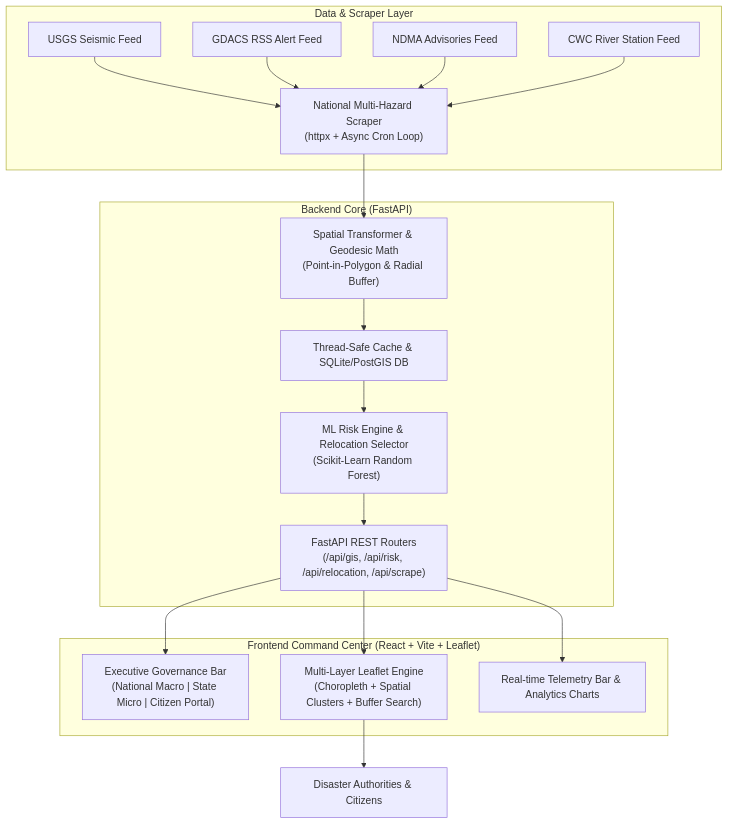
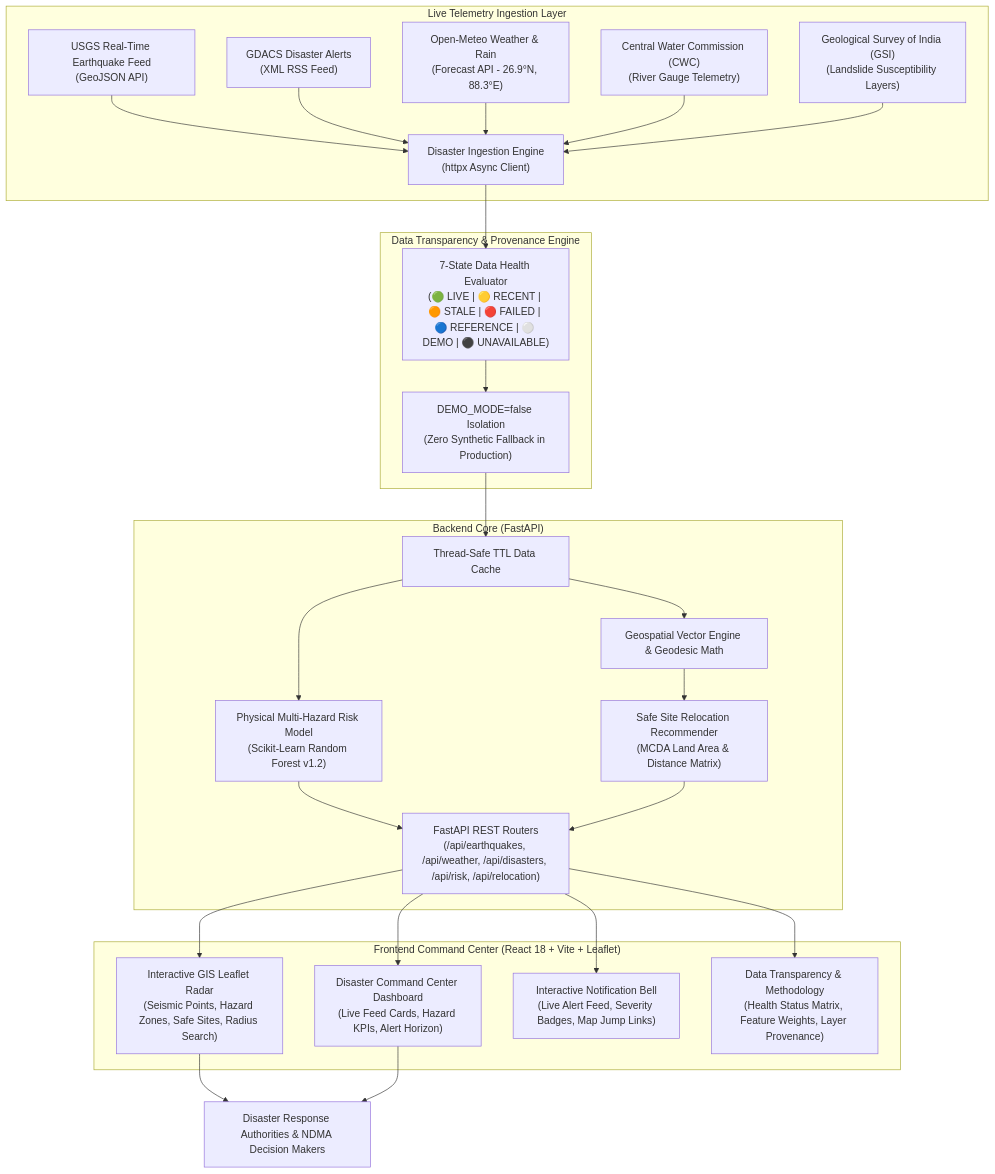
The diagram in README.md (rohancoder19/SIH-2026), drawn with Mermaid before and after one commit. The commit also changed other lines of this file, not shown here.

Commit message:
docs: Update README.md with comprehensive Real-Time Disaster Intelligence documentation, 7-state data health engine, API reference, and architecture

````diff
--- a/README.md
+++ b/README.md
@@ -13,24 +17,34 @@
 ```mermaid
 graph TD
-    subgraph DataLayer ["Data & Scraper Layer"]
-        USGS["USGS Seismic Feed"] --> Aggregator["National Multi-Hazard Scraper<br/>(httpx + Async Cron Loop)"]
-        GDACS["GDACS RSS Alert Feed"] --> Aggregator
-        NDMA["NDMA Advisories Feed"] --> Aggregator
-        CWC["CWC River Station Feed"] --> Aggregator
+    subgraph LiveFeeds ["Live Telemetry Ingestion Layer"]
+        USGS["USGS Real-Time Earthquake Feed<br/>(GeoJSON API)"] --> Ingestion["Disaster Ingestion Engine<br/>(httpx Async Client)"]
+        GDACS["GDACS Disaster Alerts<br/>(XML RSS Feed)"] --> Ingestion
+        Meteo["Open-Meteo Weather & Rain<br/>(Forecast API - 26.9°N, 88.3°E)"] --> Ingestion
+        CWC["Central Water Commission (CWC)<br/>(River Gauge Telemetry)"] --> Ingestion
+        GSI["Geological Survey of India (GSI)<br/>(Landslide Susceptibility Layers)"] --> Ingestion
+    end
+
+    subgraph StatusEngine ["Data Transparency & Provenance Engine"]
+        Ingestion --> HealthMatrix["7-State Data Health Evaluator<br/>(🟢 LIVE | 🟡 RECENT | 🟠 STALE | 🔴 FAILED | 🔵 REFERENCE | ⚪ DEMO | ⚫ UNAVAILABLE)"]
+        HealthMatrix --> ProdEnforce["DEMO_MODE=false Isolation<br/>(Zero Synthetic Fallback in Production)"]
     end
 
     subgraph BackendCore ["Backend Core (FastAPI)"]
-        Aggregator --> GeoTransformer["Spatial Transformer & Geodesic Math<br/>(Point-in-Polygon & Radial Buffer)"]
-        GeoTransformer --> CacheDB["Thread-Safe Cache & SQLite/PostGIS DB"]
-        CacheDB --> MLEngine["ML Risk Engine & Relocation Selector<br/>(Scikit-Learn Random Forest)"]
-        MLEngine --> APIRoutes["FastAPI REST Routers<br/>(/api/gis, /api/risk, /api/relocation, /api/scrape)"]
+        ProdEnforce --> Cache["Thread-Safe TTL Data Cache"]
+        Cache --> Spatial["Geospatial Vector Engine & Geodesic Math"]
+        Cache --> ML["Physical Multi-Hazard Risk Model<br/>(Scikit-Learn Random Forest v1.2)"]
+        Spatial --> RelocMCDA["Safe Site Relocation Recommender<br/>(MCDA Land Area & Distance Matrix)"]
+        ML --> APIRouter["FastAPI REST Routers<br/>(/api/earthquakes, /api/weather, /api/disasters, /api/risk, /api/relocation)"]
+        RelocMCDA --> APIRouter
     end
 
-    subgraph FrontendCommandCenter ["Frontend Command Center (React + Vite + Leaflet)"]
-        APIRoutes --> TopBar["Executive Governance Bar<br/>(National Macro | State Micro | Citizen Portal)"]
-        APIRoutes --> GISMap["Multi-Layer Leaflet Engine<br/>(Choropleth + Spatial Clusters + Buffer Search)"]
-        APIRoutes --> Telemetry["Real-time Telemetry Bar & Analytics Charts"]
+    subgraph CommandCenter ["Frontend Command Center (React 18 + Vite + Leaflet)"]
+        APIRouter --> Dashboard["Disaster Command Center Dashboard<br/>(Live Feed Cards, Hazard KPIs, Alert Horizon)"]
+        APIRouter --> GISMap["Interactive GIS Leaflet Radar<br/>(Seismic Points, Hazard Zones, Safe Sites, Radius Search)"]
+        APIRouter --> Bell["Interactive Notification Bell<br/>(Live Alert Feed, Severity Badges, Map Jump Links)"]
+        APIRouter --> TransparencyPage["Data Transparency & Methodology<br/>(Health Status Matrix, Feature Weights, Layer Provenance)"]
     end
 
-    GISMap --> User["Disaster Authorities & Citizens"]
+    GISMap --> Operators["Disaster Response Authorities & NDMA Decision Makers"]
+    Dashboard --> Operators
 ```
````
